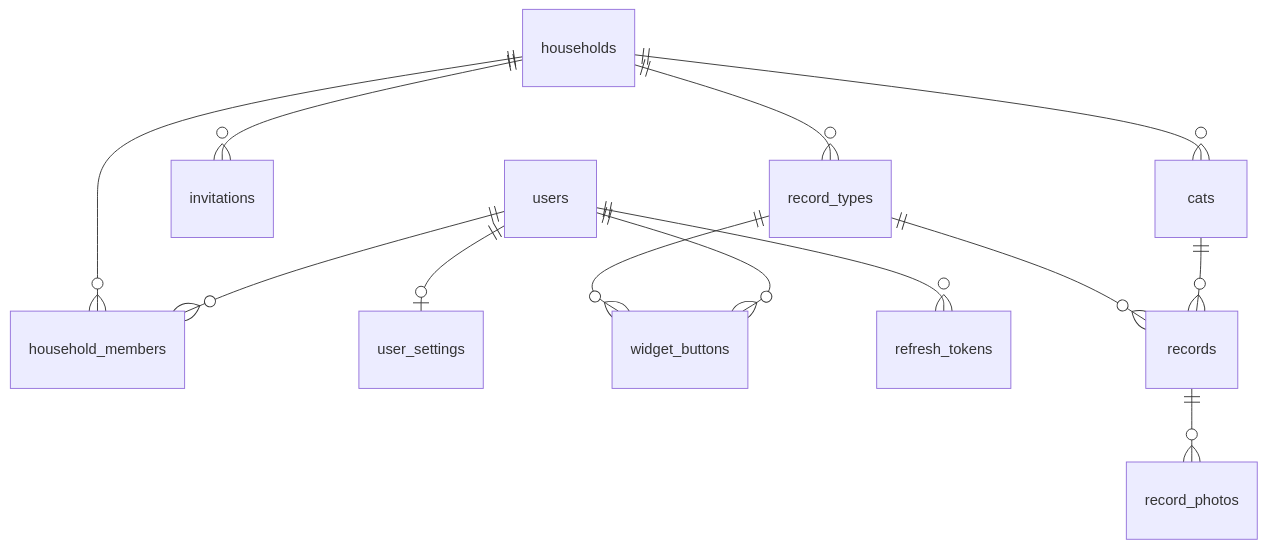
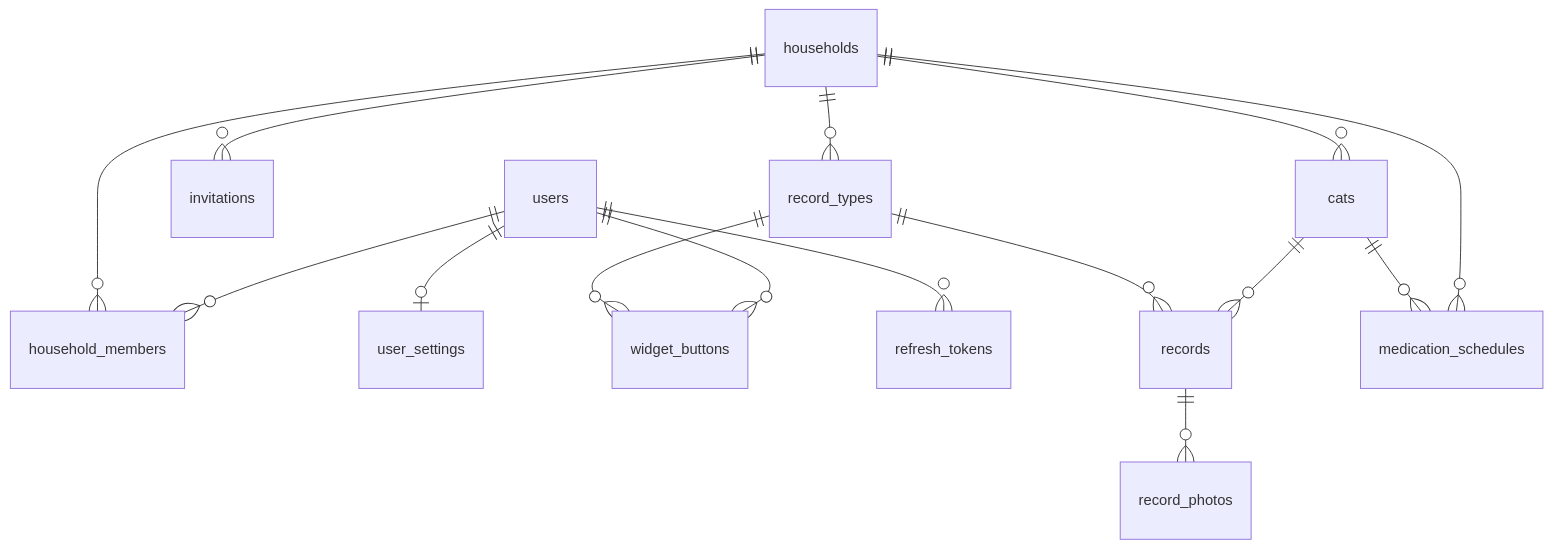
Before and after one commit to major182/MeowScope: the diagram in docs/05_db-design.md, drawn with Mermaid. The commit also changed other lines of this file and 3 other files, not shown here.

````diff
--- a/docs/05_db-design.md
+++ b/docs/05_db-design.md
@@ -34,15 +34,17 @@
 ```mermaid
 erDiagram
   users ||--o{ household_members : ""
   users ||--o| user_settings : ""
   users ||--o{ widget_buttons : ""
   users ||--o{ refresh_tokens : ""
   households ||--o{ household_members : ""
   households ||--o{ invitations : ""
   households ||--o{ cats : ""
   households ||--o{ record_types : ""
   cats ||--o{ records : ""
   record_types ||--o{ records : ""
   record_types ||--o{ widget_buttons : ""
   records ||--o{ record_photos : ""
+  households ||--o{ medication_schedules : ""
+  cats ||--o{ medication_schedules : ""
 ```
````
